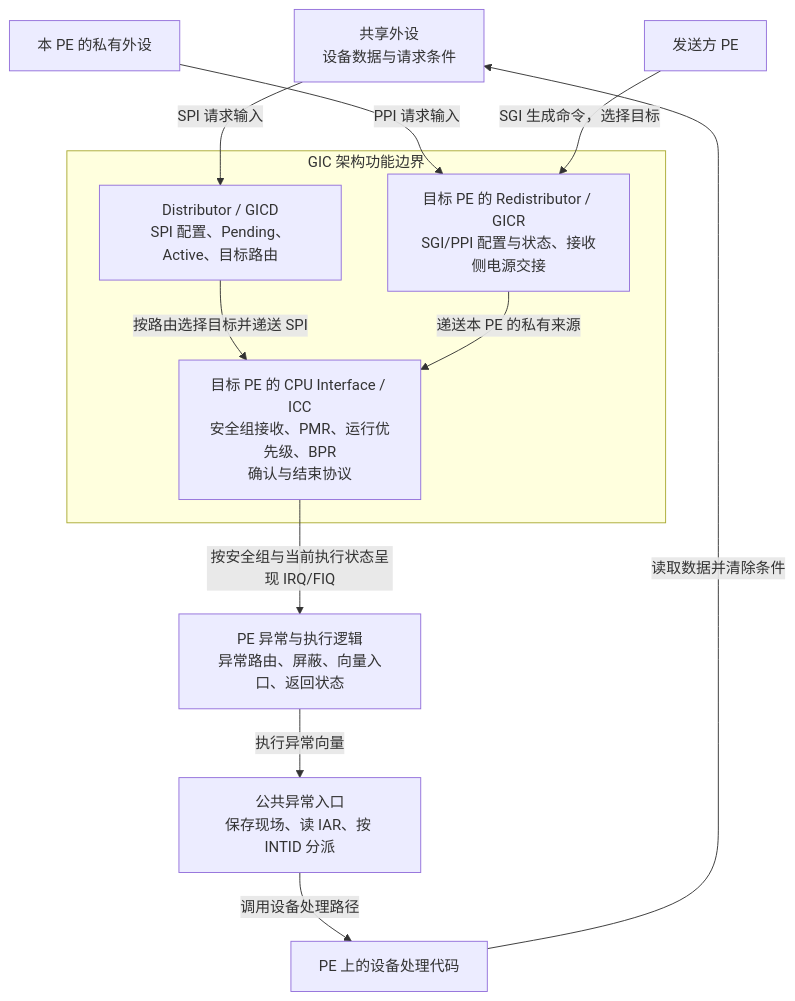
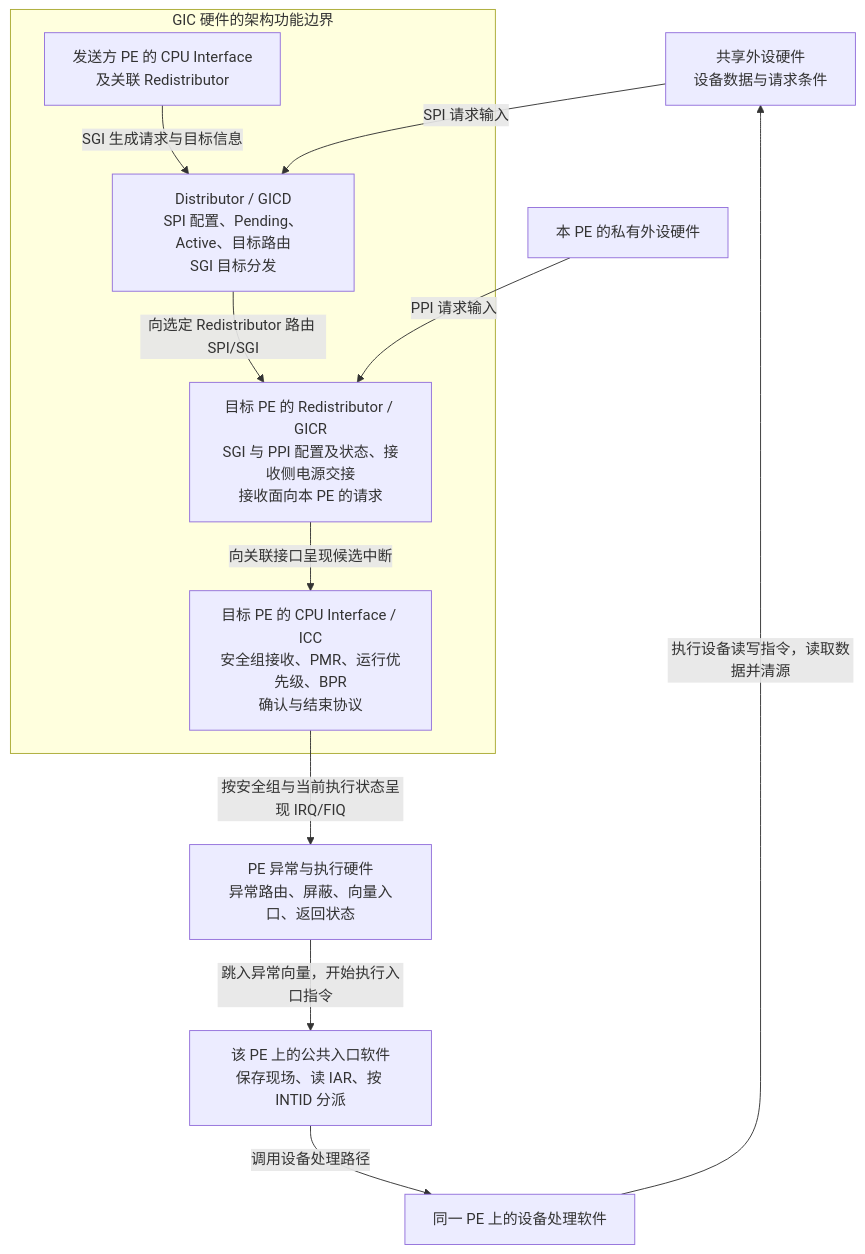
Before and after one commit to FormingSystem/linux_note: the first of 2 diagrams in platforms/arm/architecture/gic/P06_权限_安全分组与初始化闭环.md, drawn with Mermaid. The commit also changed other lines of this file and 36 other files, not shown here.

````diff
--- a/platforms/arm/architecture/gic/P06_权限_安全分组与初始化闭环.md
+++ b/platforms/arm/architecture/gic/P06_权限_安全分组与初始化闭环.md
@@ -76,17 +94,17 @@
 ```mermaid
 flowchart TD
-    spi["共享外设<br/>设备数据与请求条件"] -->|"SPI 请求输入"| dist
-    local["本 PE 的私有外设"] -->|"PPI 请求输入"| redist
-    sender["发送方 PE"] -->|"SGI 生成命令，选择目标"| redist
-    subgraph gic["GIC 架构功能边界"]
-        dist["Distributor / GICD<br/>SPI 配置、Pending、Active、目标路由"]
-        redist["目标 PE 的 Redistributor / GICR<br/>SGI/PPI 配置与状态、接收侧电源交接"]
+    spi["共享外设硬件<br/>设备数据与请求条件"] -->|"SPI 请求输入"| dist
+    local["本 PE 的私有外设硬件"] -->|"PPI 请求输入"| redist
+    subgraph gic["GIC 硬件的架构功能边界"]
+        sender["发送方 PE 的 CPU Interface<br/>及关联 Redistributor"] -->|"SGI 生成请求与目标信息"| dist
+        dist["Distributor / GICD<br/>SPI 配置、Pending、Active、目标路由<br/>SGI 目标分发"]
+        redist["目标 PE 的 Redistributor / GICR<br/>SGI 与 PPI 配置及状态、接收侧电源交接<br/>接收面向本 PE 的请求"]
         cpu_if["目标 PE 的 CPU Interface / ICC<br/>安全组接收、PMR、运行优先级、BPR<br/>确认与结束协议"]
-        dist -->|"按路由选择目标并递送 SPI"| cpu_if
-        redist -->|"递送本 PE 的私有来源"| cpu_if
+        dist -->|"向选定 Redistributor 路由 SPI/SGI"| redist
+        redist -->|"向关联接口呈现候选中断"| cpu_if
     end
-    cpu_if -->|"按安全组与当前执行状态呈现 IRQ/FIQ"| pe["PE 异常与执行逻辑<br/>异常路由、屏蔽、向量入口、返回状态"]
-    pe -->|"执行异常向量"| entry["公共异常入口<br/>保存现场、读 IAR、按 INTID 分派"]
-    entry -->|"调用设备处理路径"| driver["PE 上的设备处理代码"]
-    driver -->|"读取数据并清除条件"| spi
+    cpu_if -->|"按安全组与当前执行状态呈现 IRQ/FIQ"| pe["PE 异常与执行硬件<br/>异常路由、屏蔽、向量入口、返回状态"]
+    pe -->|"跳入异常向量，开始执行入口指令"| entry["该 PE 上的公共入口软件<br/>保存现场、读 IAR、按 INTID 分派"]
+    entry -->|"调用设备处理路径"| driver["同一 PE 上的设备处理软件"]
+    driver -->|"执行设备读写指令，读取数据并清源"| spi
 ```
````
